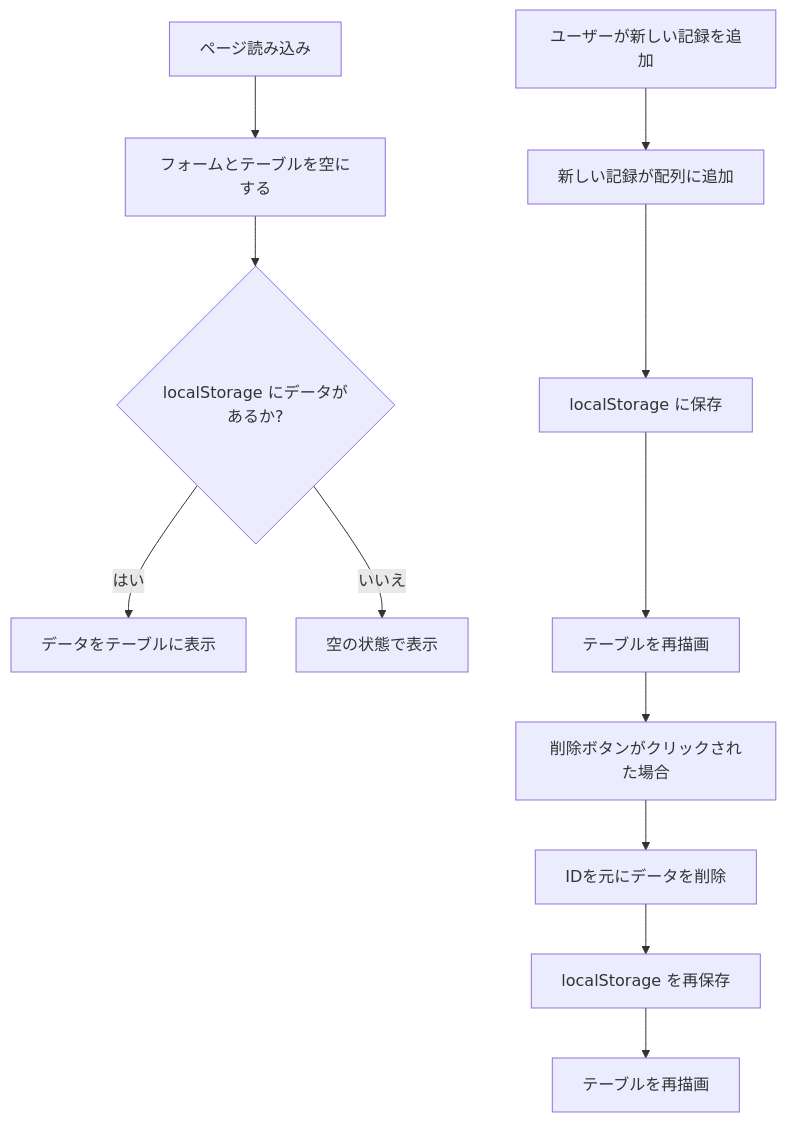
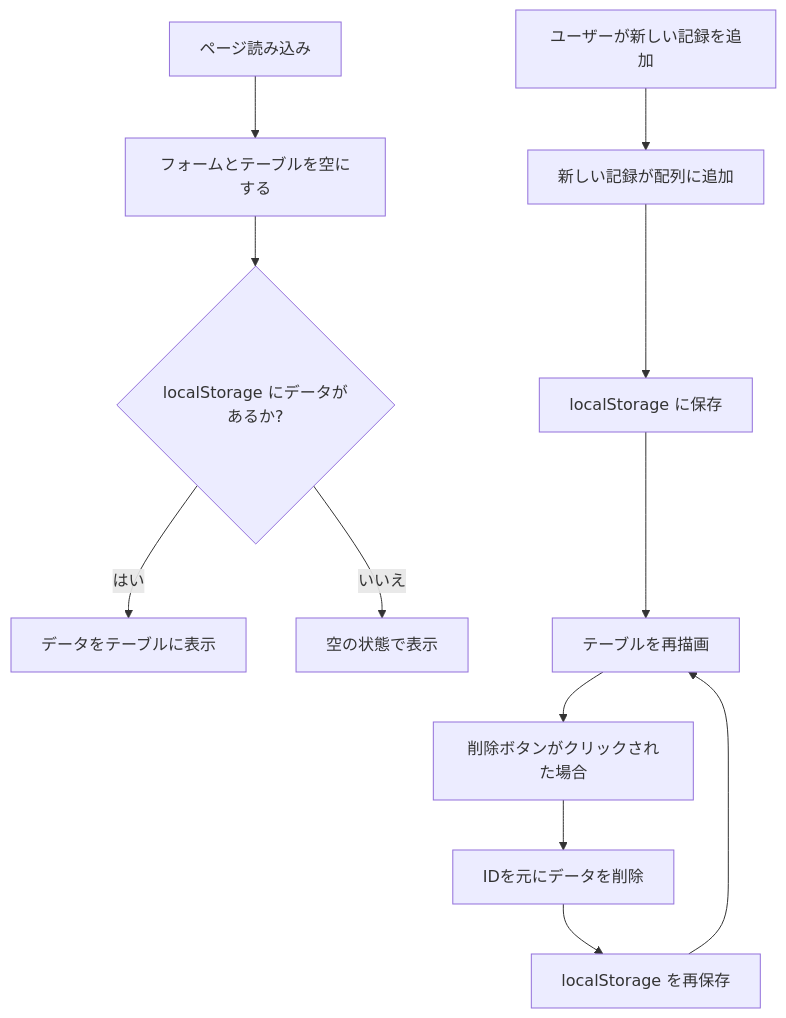
One commit to komiyamma/site_ichika_exercise_tracker changed the second of 2 diagrams in D05.md. Above: the diagram before and after it, drawn with Mermaid.

Commit message:
fix: 削除ボタンの処理フローを修正 削除ボタンがクリックされた際のフローを修正し、テーブルの再描画を行わずに、削除後の状態を保持するように変更しました。

````diff
--- a/D05.md
+++ b/D05.md
@@ -136,15 +136,15 @@
 ```mermaid
 flowchart TD
   A[ページ読み込み] --> B[フォームとテーブルを空にする]
   B --> C{localStorage にデータがあるか?}
   C -- はい --> D[データをテーブルに表示]
   C -- いいえ --> E[空の状態で表示]
   F[ユーザーが新しい記録を追加]
   F --> G[新しい記録が配列に追加]
   G --> H[localStorage に保存]
   H --> I[テーブルを再描画]
   I --> J[削除ボタンがクリックされた場合]
   J --> K[IDを元にデータを削除]
   K --> L[localStorage を再保存]
-  L --> M[テーブルを再描画]
+  L --> I
 ```
````
